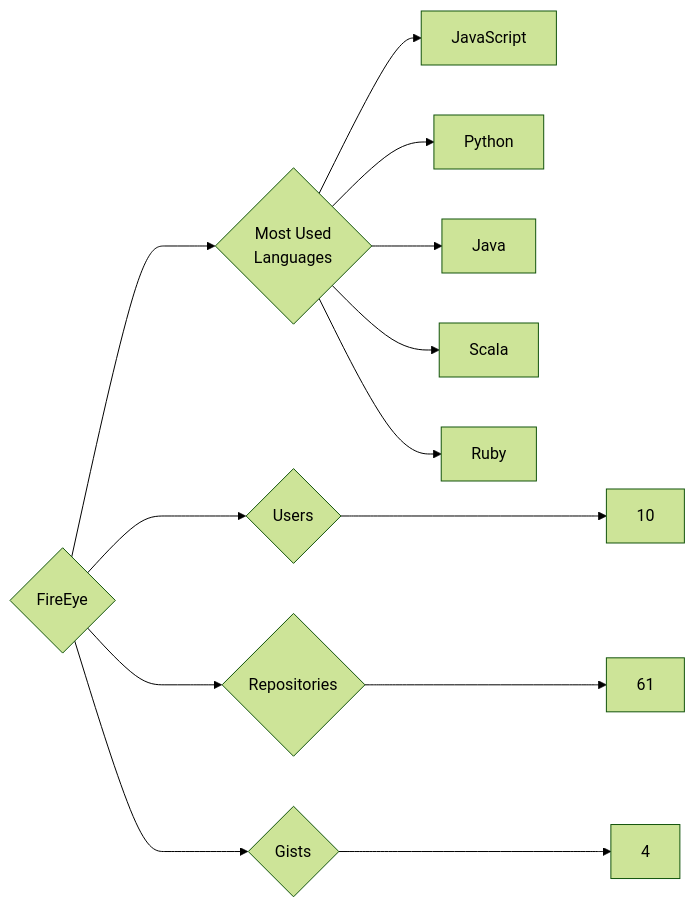
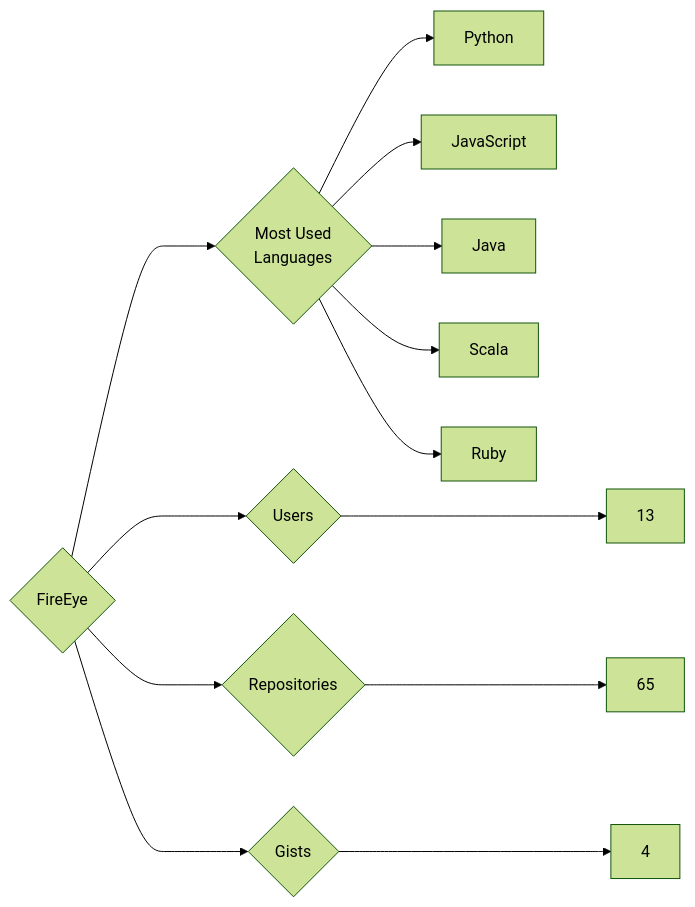
Before and after one commit to trickest/insiders: the diagram in targets/FireEye/README.md, drawn with Mermaid (forest theme). The commit also changed 1092 other files, not shown here.

````diff
--- a/targets/FireEye/README.md
+++ b/targets/FireEye/README.md
@@ -3,13 +3,13 @@
 ```mermaid
 graph LR
 COMPANY_NAME{FireEye}
-COMPANY_NAME ---> U{Users} ---> UN[10]
-COMPANY_NAME ---> R{Repositories} ---> RN[61]
+COMPANY_NAME ---> U{Users} ---> UN[13]
+COMPANY_NAME ---> R{Repositories} ---> RN[65]
 COMPANY_NAME ---> G{Gists} ---> GN[4]
 COMPANY_NAME ---> ML{Most Used<br>Languages}
+ML --> Python[Python]
 ML --> JavaScript[JavaScript]
-ML --> Python[Python]
 ML --> Java[Java]
 ML --> Scala[Scala]
 ML --> Ruby[Ruby]
 ```
````
